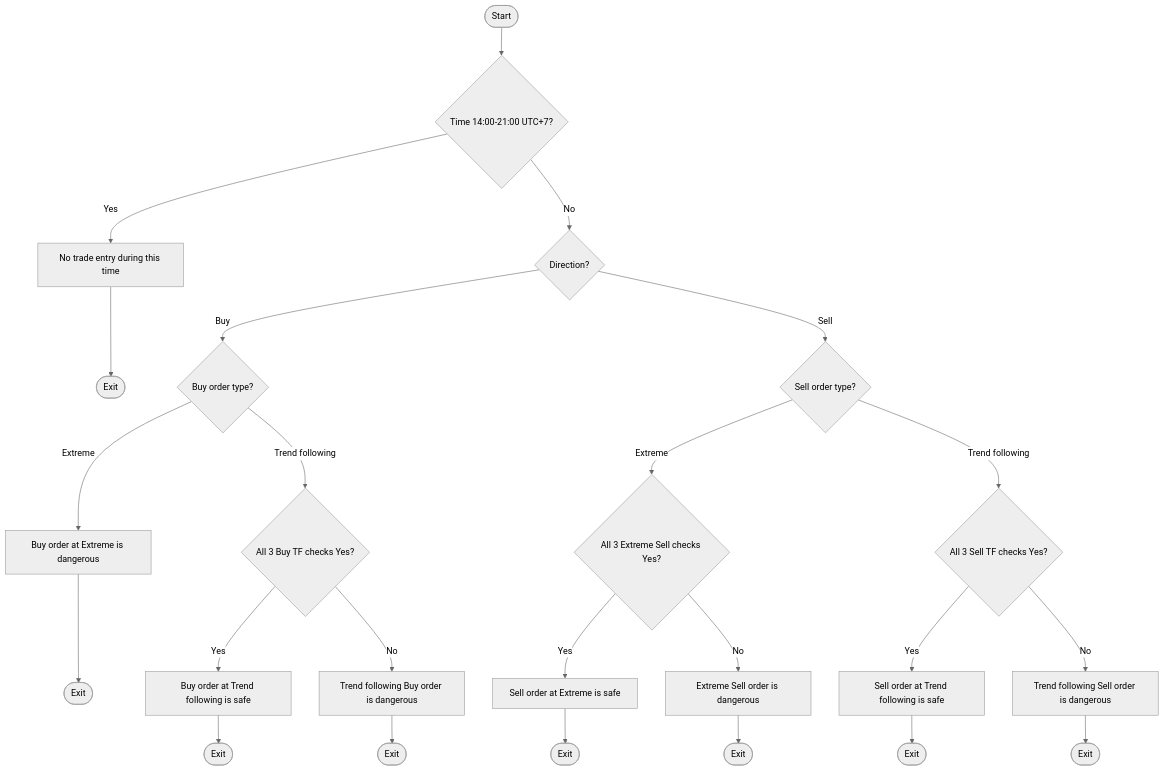
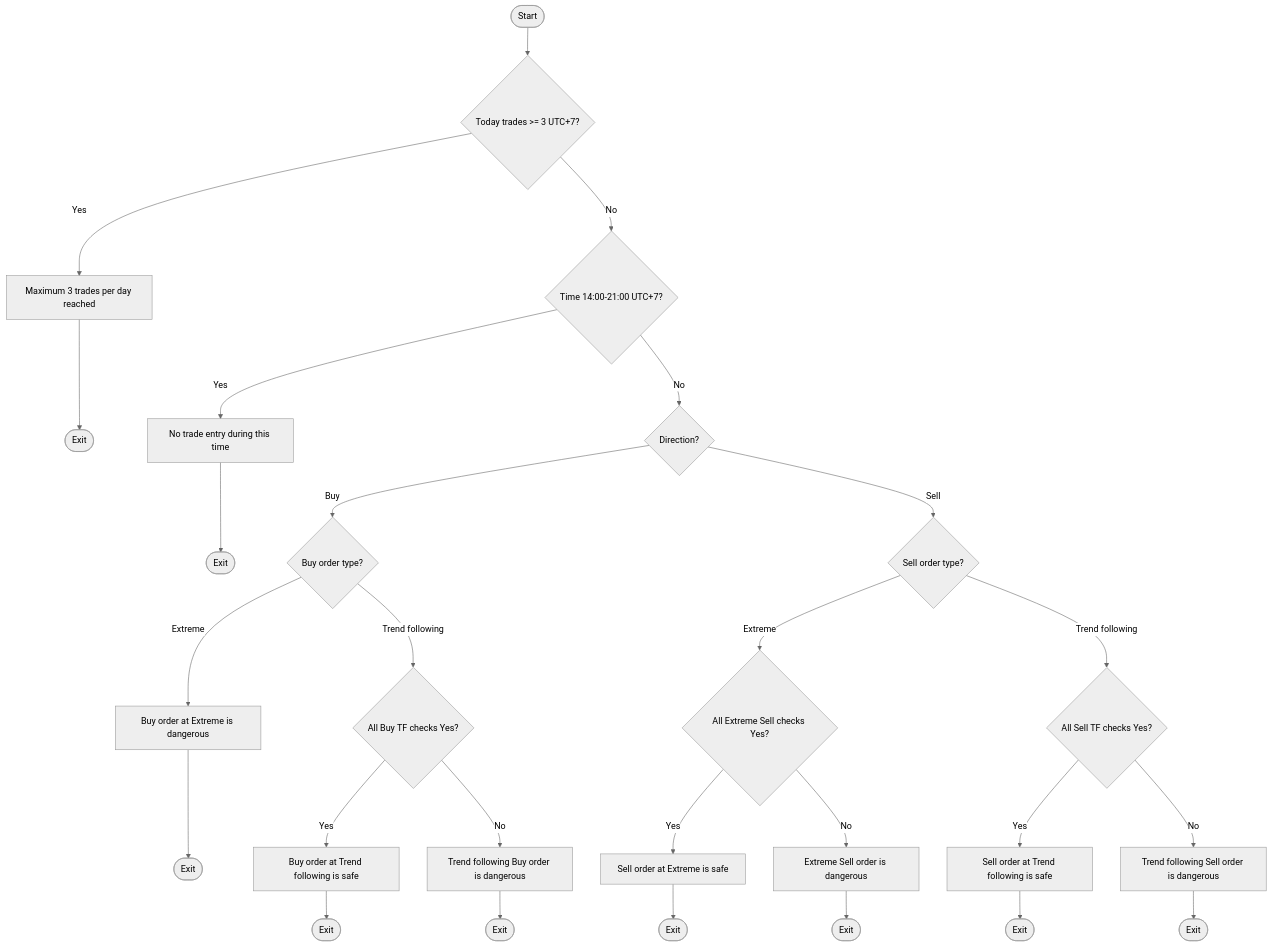
One commit to wind198/trading_journal changed the diagram in docs/trade_enter_form.mmd. Above: the diagram before and after it, drawn with Mermaid (neutral theme). The commit also changed 20 other files, not shown here.

Commit message:
Add order limit per day

```diff
--- a/docs/trade_enter_form.mmd
+++ b/docs/trade_enter_form.mmd
@@ -1,33 +1,38 @@
 flowchart TD
-  start([Start]) --> step1{Time 14:00-21:00 UTC+7?}
+  start([Start]) --> step1{Today trades >= 3 UTC+7?}
 
-  step1 -->|Yes| blocked["No trade entry during this time"]
+  step1 -->|Yes| limitBlocked["Maximum 3 trades per day reached"]
+  limitBlocked --> endLimit([Exit])
+
+  step1 -->|No| step2{Time 14:00-21:00 UTC+7?}
+
+  step2 -->|Yes| blocked["No trade entry during this time"]
   blocked --> endBlocked([Exit])
 
-  step1 -->|No| step2{Direction?}
+  step2 -->|No| step3{Direction?}
 
-  step2 -->|Buy| step3a{Buy order type?}
-  step2 -->|Sell| step3b{Sell order type?}
+  step3 -->|Buy| step4a{Buy order type?}
+  step3 -->|Sell| step4b{Sell order type?}
 
-  step3a -->|Extreme| buyExtremeDanger["Buy order at Extreme is dangerous"]
+  step4a -->|Extreme| buyExtremeDanger["Buy order at Extreme is dangerous"]
   buyExtremeDanger --> endBuyExtreme([Exit])
 
-  step3a -->|Trend following| step4a{All 3 Buy TF checks Yes?}
+  step4a -->|Trend following| step5a{All Buy TF checks Yes?}
 
-  step4a -->|Yes| buyTfSafe["Buy order at Trend following is safe"]
+  step5a -->|Yes| buyTfSafe["Buy order at Trend following is safe"]
   buyTfSafe --> endBuyTfSafe([Exit])
-  step4a -->|No| buyTfDanger["Trend following Buy order is dangerous"]
+  step5a -->|No| buyTfDanger["Trend following Buy order is dangerous"]
   buyTfDanger --> endBuyTfDanger([Exit])
 
-  step3b -->|Extreme| step4b{All 3 Extreme Sell checks Yes?}
-  step3b -->|Trend following| step4c{All 3 Sell TF checks Yes?}
+  step4b -->|Extreme| step5b{All Extreme Sell checks Yes?}
+  step4b -->|Trend following| step5c{All Sell TF checks Yes?}
 
-  step4b -->|Yes| sellExSafe["Sell order at Extreme is safe"]
+  step5b -->|Yes| sellExSafe["Sell order at Extreme is safe"]
   sellExSafe --> endSellExSafe([Exit])
-  step4b -->|No| sellExDanger["Extreme Sell order is dangerous"]
+  step5b -->|No| sellExDanger["Extreme Sell order is dangerous"]
   sellExDanger --> endSellExDanger([Exit])
 
-  step4c -->|Yes| sellTfSafe["Sell order at Trend following is safe"]
+  step5c -->|Yes| sellTfSafe["Sell order at Trend following is safe"]
   sellTfSafe --> endSellTfSafe([Exit])
-  step4c -->|No| sellTfDanger["Trend following Sell order is dangerous"]
+  step5c -->|No| sellTfDanger["Trend following Sell order is dangerous"]
   sellTfDanger --> endSellTfDanger([Exit])
```
